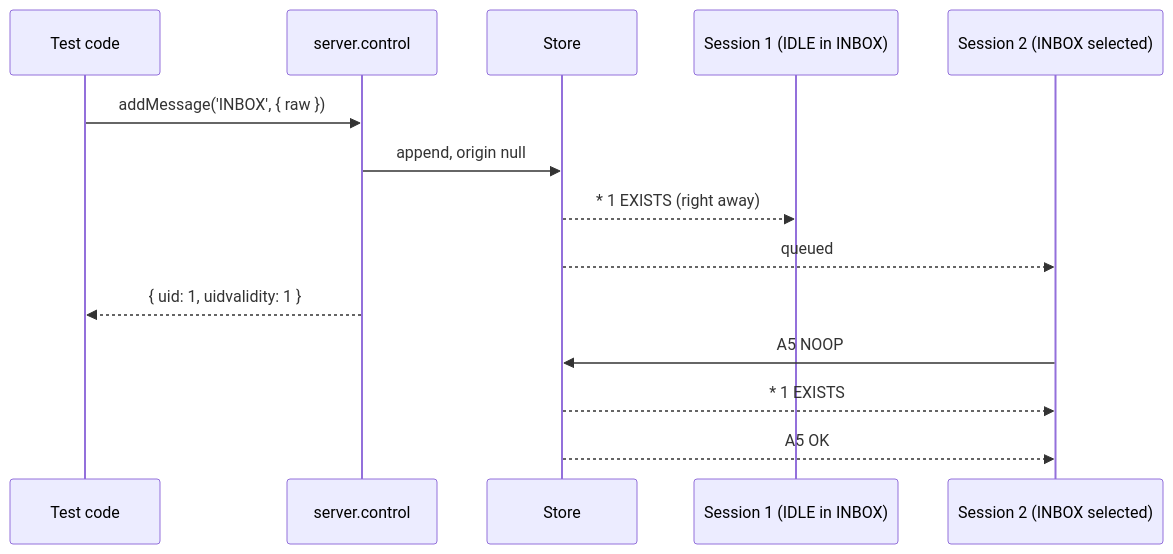
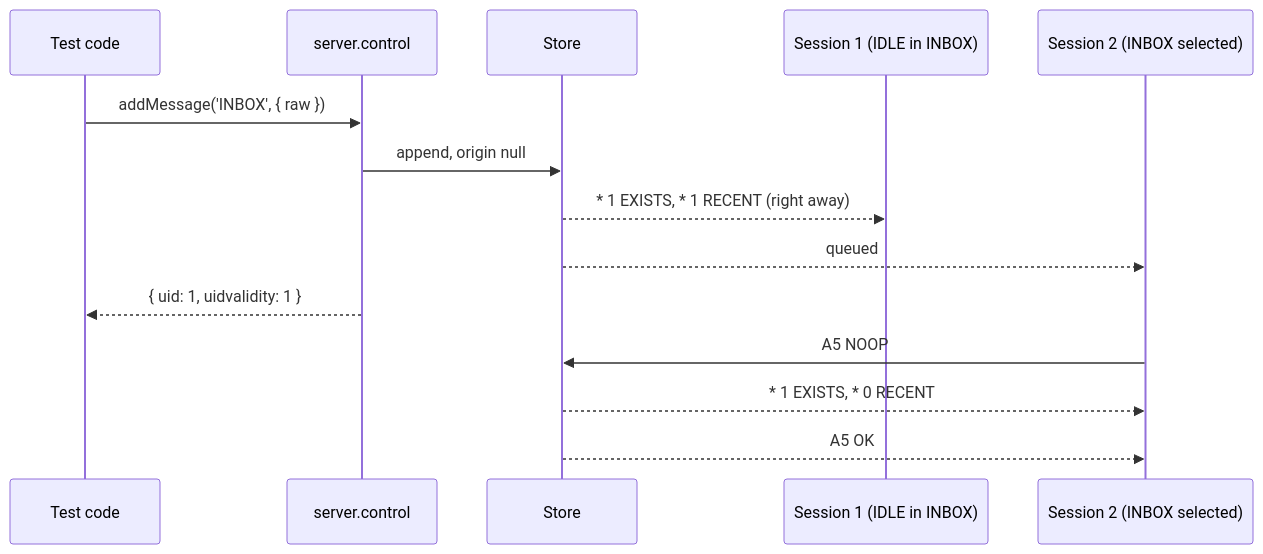
The diagram in docs/docs/control-api/overview.md (andris9/hoodiecrow), drawn with Mermaid before and after one commit. The commit also changed other lines of this file and 7 other files, not shown here.

First line of the commit message:
docs: describe EXISTS, RECENT and EXPUNGEISSUED timing for multiple sessions

````diff
--- a/docs/docs/control-api/overview.md
+++ b/docs/docs/control-api/overview.md
@@ -42,16 +42,16 @@
 ```mermaid
 sequenceDiagram
     participant T as Test code
     participant C as server.control
     participant S as Store
     participant A as Session 1 (IDLE in INBOX)
     participant B as Session 2 (INBOX selected)
     T->>C: addMessage('INBOX', { raw })
     C->>S: append, origin null
-    S-->>A: * 1 EXISTS (right away)
+    S-->>A: * 1 EXISTS, * 1 RECENT (right away)
     S-->>B: queued
     C-->>T: { uid: 1, uidvalidity: 1 }
     B->>S: A5 NOOP
-    S-->>B: * 1 EXISTS
+    S-->>B: * 1 EXISTS, * 0 RECENT
     S-->>B: A5 OK
 ```
````
